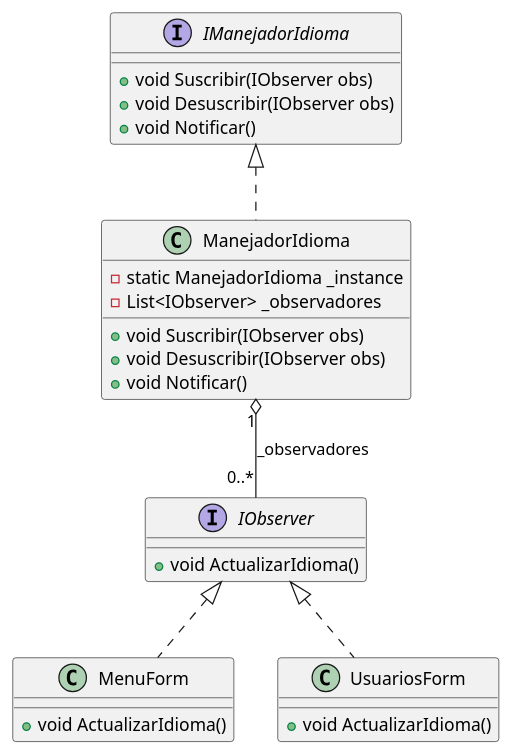
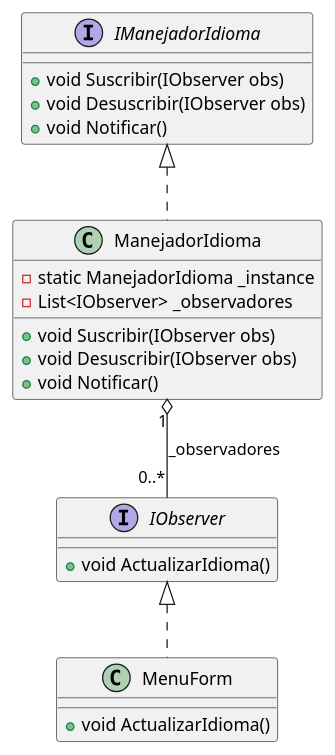
Diagram 17 of 25 in Documentacion/diagrams_code.md (LautiSmyth/Stach), drawn with PlantUML before and after one commit. The commit also changed other lines of this file, not shown here.

Commit message:
Docs: Restructurar codigos de diagramas organizados por Entrega 1 y Entrega 2 de Excel

````diff
--- a/Documentacion/diagrams_code.md
+++ b/Documentacion/diagrams_code.md
@@ -360,29 +439,25 @@
 ```plantuml
 @startuml
 interface IObserver {
     +void ActualizarIdioma()
 }
 interface IManejadorIdioma {
     +void Suscribir(IObserver obs)
     +void Desuscribir(IObserver obs)
     +void Notificar()
 }
 class ManejadorIdioma {
     -static ManejadorIdioma _instance
     -List<IObserver> _observadores
     +void Suscribir(IObserver obs)
     +void Desuscribir(IObserver obs)
     +void Notificar()
 }
 class MenuForm {
     +void ActualizarIdioma()
 }
-class UsuariosForm {
-    +void ActualizarIdioma()
-}
 IManejadorIdioma <|.. ManejadorIdioma
 IObserver <|.. MenuForm
-IObserver <|.. UsuariosForm
 ManejadorIdioma "1" o-- "0..*" IObserver : _observadores
 @enduml
 ```
````
